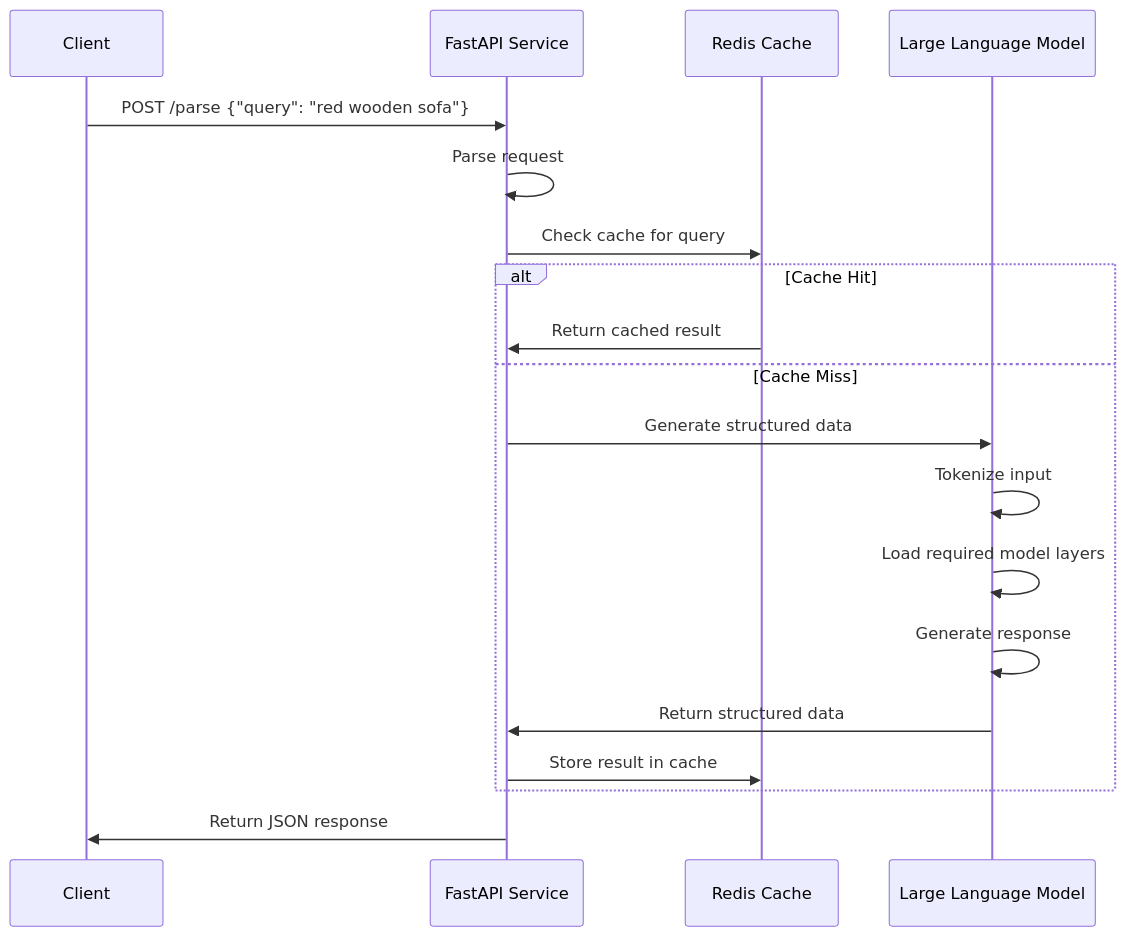
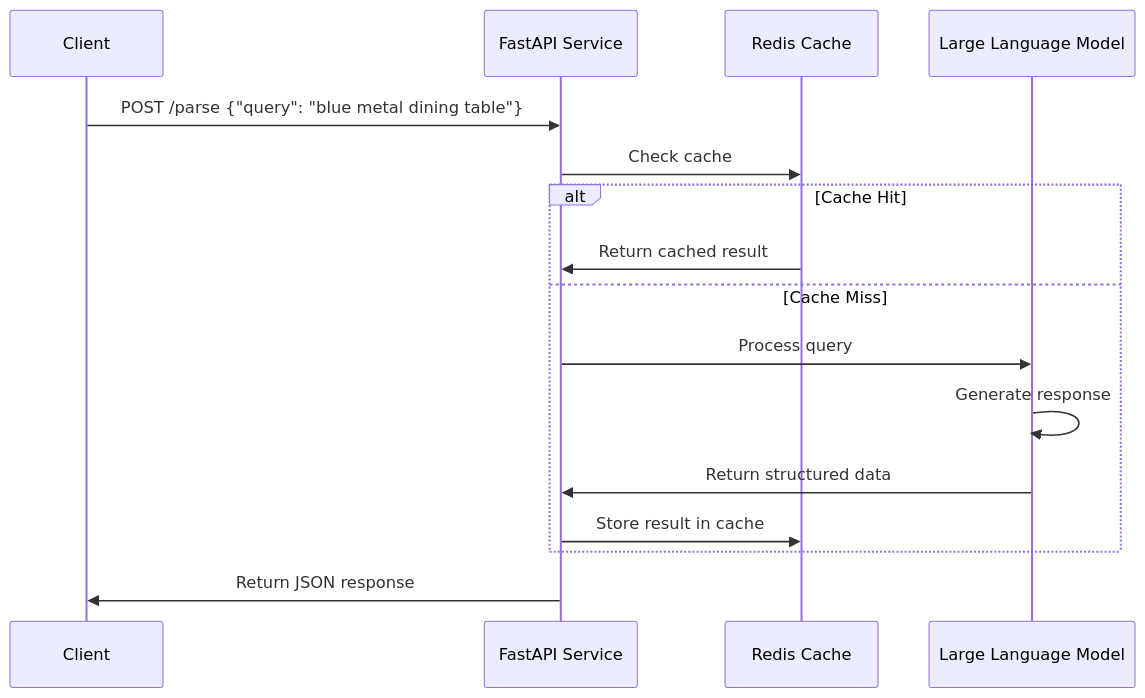
The second of 5 diagrams in An_LLM_Query_Understanding_Service/README.md (SoundMindsAI/ai_examples), drawn with Mermaid before and after one commit. The commit also changed other lines of this file and 5 other files, not shown here.

````diff
--- a/An_LLM_Query_Understanding_Service/README.md
+++ b/An_LLM_Query_Understanding_Service/README.md
@@ -103,26 +104,24 @@
 ```mermaid
 sequenceDiagram
     participant Client
     participant FastAPI as FastAPI Service
     participant Cache as Redis Cache
     participant LLM as Large Language Model
     
-    Client->>FastAPI: POST /parse {"query": "red wooden sofa"}
-    FastAPI->>FastAPI: Parse request
+    Client->>FastAPI: POST /parse {"query": "blue metal dining table"}
     
-    FastAPI->>Cache: Check cache for query
+    FastAPI->>Cache: Check cache
+    
     alt Cache Hit
         Cache->>FastAPI: Return cached result
     else Cache Miss
-        FastAPI->>LLM: Generate structured data
+        FastAPI->>LLM: Process query
         
-        LLM->>LLM: Tokenize input
-        LLM->>LLM: Load required model layers
         LLM->>LLM: Generate response
         
         LLM->>FastAPI: Return structured data
         FastAPI->>Cache: Store result in cache
     end
     
     FastAPI->>Client: Return JSON response
 ```
````
